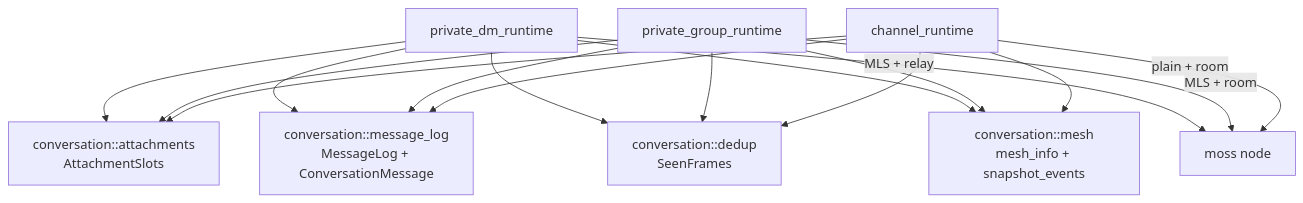
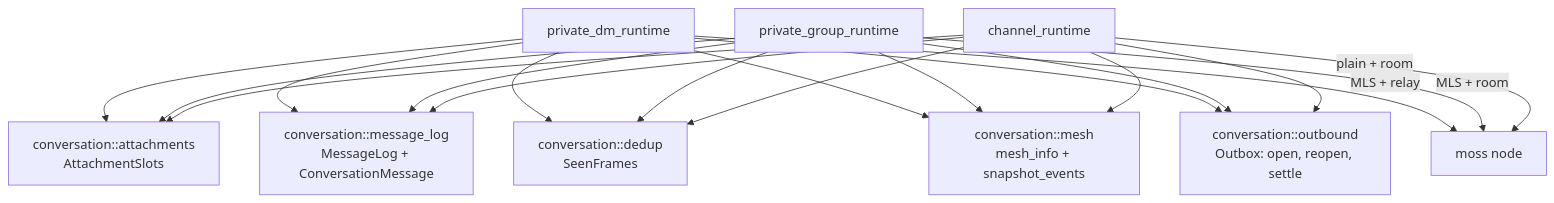
The eighth of 8 diagrams in docs/Architecture.md (redstone-md/mosh-flutter), drawn with Mermaid before and after one commit. The commit also changed other lines of this file and 10 other files, not shown here.

````diff
--- a/docs/Architecture.md
+++ b/docs/Architecture.md
@@ -315,27 +315,31 @@
 ```mermaid
 flowchart TD
     Dm[private_dm_runtime]
     Gr[private_group_runtime]
     Ch[channel_runtime]
     Slots["conversation::attachments<br/>AttachmentSlots"]
     Log["conversation::message_log<br/>MessageLog + ConversationMessage"]
     Seen["conversation::dedup<br/>SeenFrames"]
     Mesh["conversation::mesh<br/>mesh_info + snapshot_events"]
+    Out["conversation::outbound<br/>Outbox: open, reopen, settle"]
     Moss[moss node]
 
     Dm --> Slots
     Dm --> Log
     Dm --> Seen
     Dm --> Mesh
+    Dm --> Out
     Gr --> Slots
     Gr --> Log
     Gr --> Seen
     Gr --> Mesh
+    Gr --> Out
     Ch --> Slots
     Ch --> Log
     Ch --> Seen
     Ch --> Mesh
+    Ch --> Out
     Dm -->|"MLS + relay"| Moss
     Gr -->|"MLS + room"| Moss
     Ch -->|"plain + room"| Moss
 ```
````
